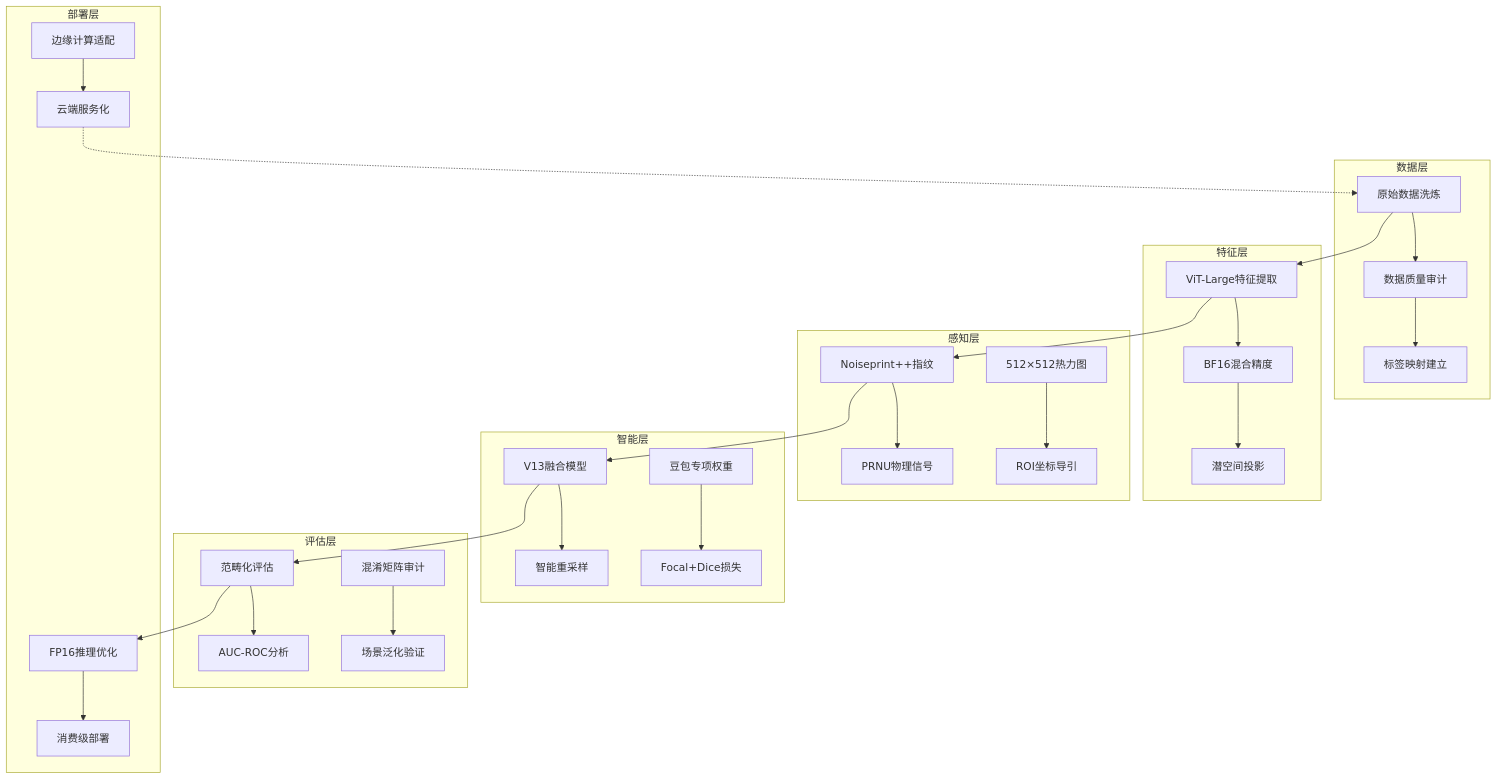
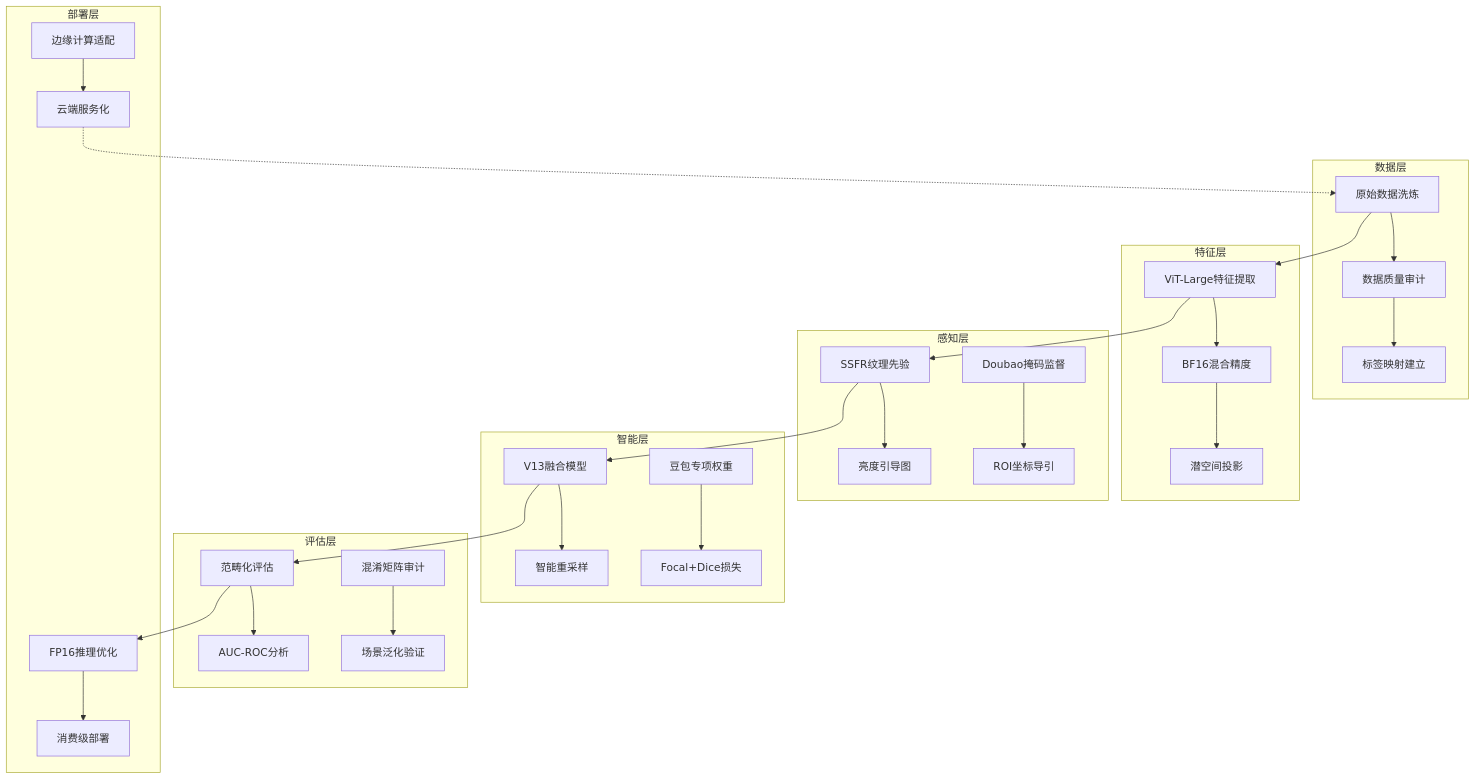
The diagram in docs/全流程训练链路报告.md (sayalinese/LaTF), drawn with Mermaid before and after one commit. The commit also changed other lines of this file and 83 other files, not shown here.

````diff
--- a/docs/全流程训练链路报告.md
+++ b/docs/全流程训练链路报告.md
@@ -9,40 +9,40 @@
 ```mermaid
 graph TD
     subgraph "数据层"
         A1[原始数据洗炼] --> A2[数据质量审计]
         A2 --> A3[标签映射建立]
     end
     
     subgraph "特征层"
         B1[ViT-Large特征提取] --> B2[BF16混合精度]
         B2 --> B3[潜空间投影]
     end
     
     subgraph "感知层"
-        C1[Noiseprint++指纹] --> C2[PRNU物理信号]
-        C3[512×512热力图] --> C4[ROI坐标导引]
+        C1[SSFR纹理先验] --> C2[亮度引导图]
+        C3[Doubao掩码监督] --> C4[ROI坐标导引]
     end
     
     subgraph "智能层"
         D1[V13融合模型] --> D2[智能重采样]
         D3[豆包专项权重] --> D4[Focal+Dice损失]
     end
     
     subgraph "评估层"
         E1[范畴化评估] --> E2[AUC-ROC分析]
         E3[混淆矩阵审计] --> E4[场景泛化验证]
     end
     
     subgraph "部署层"
         F1[FP16推理优化] --> F2[消费级部署]
         F3[边缘计算适配] --> F4[云端服务化]
     end
     
     A1 --> B1
     B1 --> C1
     C1 --> D1
     D1 --> E1
     E1 --> F1
     
     F4 -.-> A1
 ```
````
